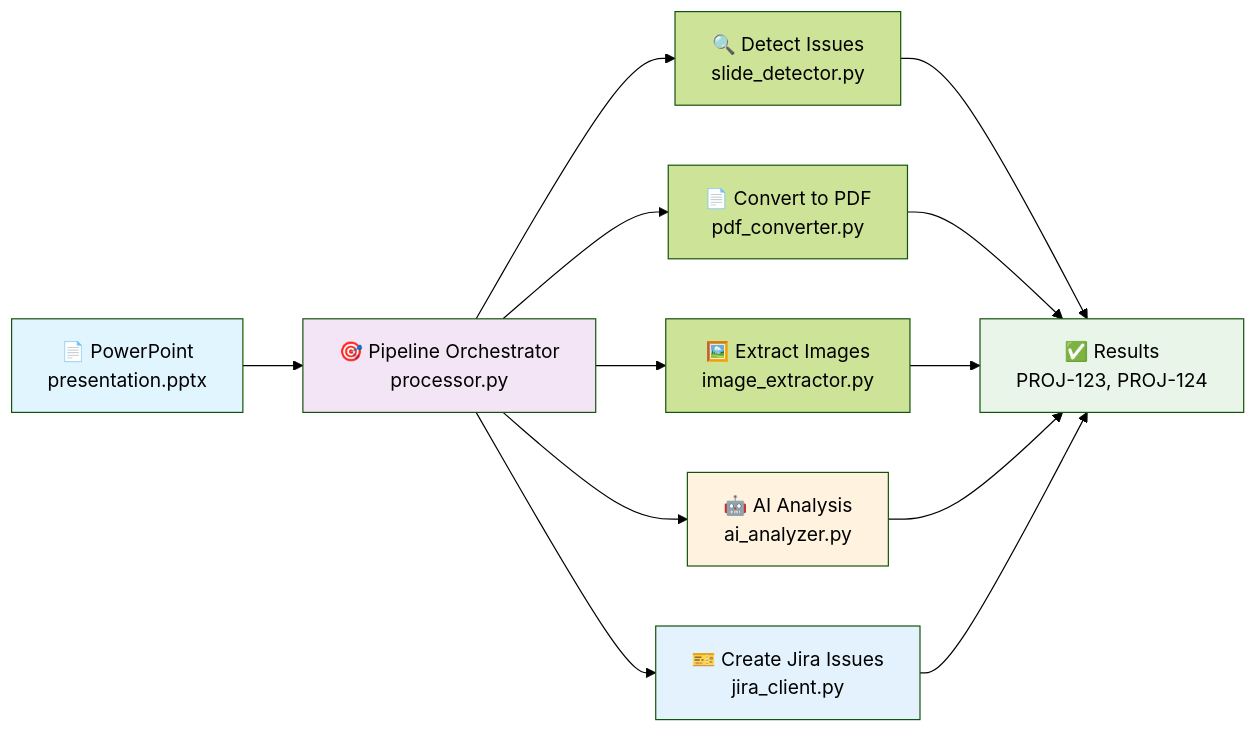
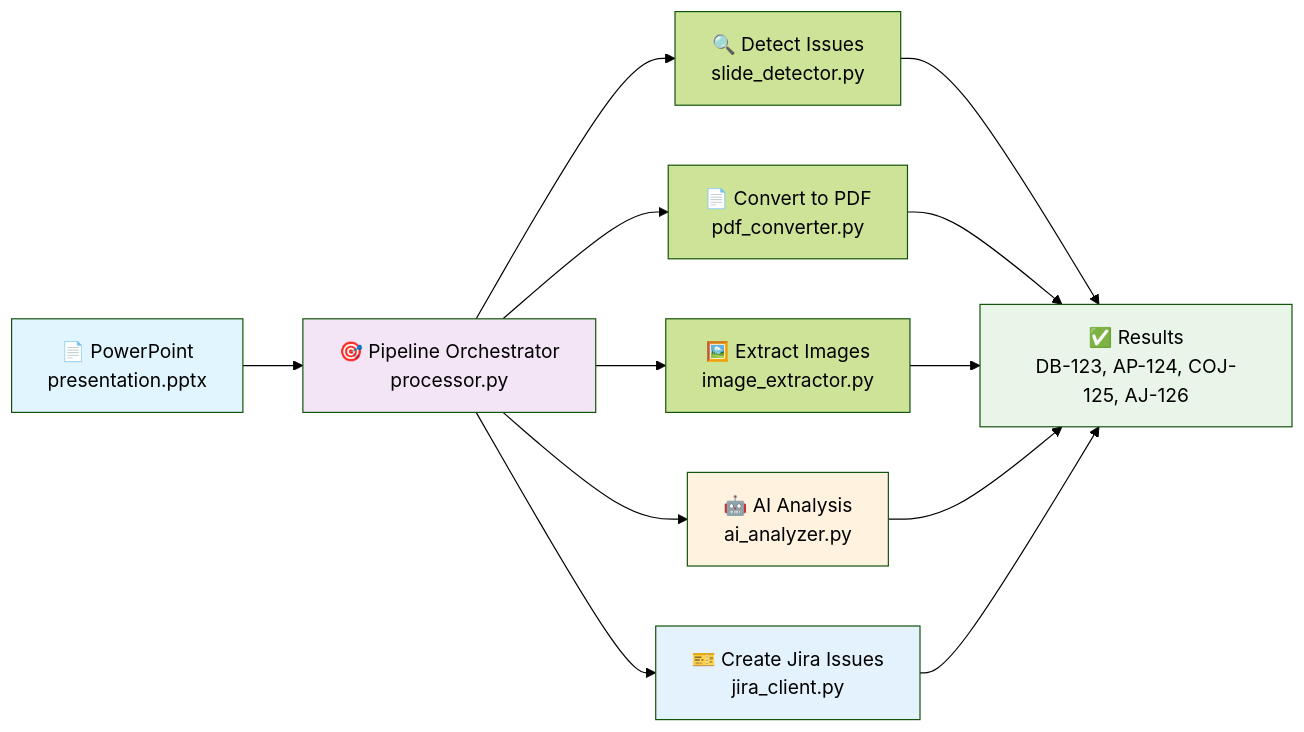
The diagram in README.md (ythuang0522/Slide2Jira), drawn with Mermaid (forest theme) before and after one commit. The commit also changed other lines of this file, not shown here.

````diff
--- a/README.md
+++ b/README.md
@@ -169,22 +159,22 @@
 ```mermaid
 flowchart LR
     A["📄 PowerPoint<br/>presentation.pptx"] --> O["🎯 Pipeline Orchestrator<br/>processor.py"]
     
     O --> B["🔍 Detect Issues<br/>slide_detector.py"]
     O --> C["📄 Convert to PDF<br/>pdf_converter.py"]
     O --> D["🖼️ Extract Images<br/>image_extractor.py"]
     O --> E["🤖 AI Analysis<br/>ai_analyzer.py"]
     O --> F["🎫 Create Jira Issues<br/>jira_client.py"]
     
-    B --> G["✅ Results<br/>PROJ-123, PROJ-124"]
+    B --> G["✅ Results<br/>DB-123, AP-124, COJ-125, AJ-126"]
     C --> G
     D --> G
     E --> G
     F --> G
     
     style A fill:#e1f5fe
     style O fill:#f3e5f5
     style G fill:#e8f5e8
     style E fill:#fff3e0
     style F fill:#e3f2fd
 ```
````
